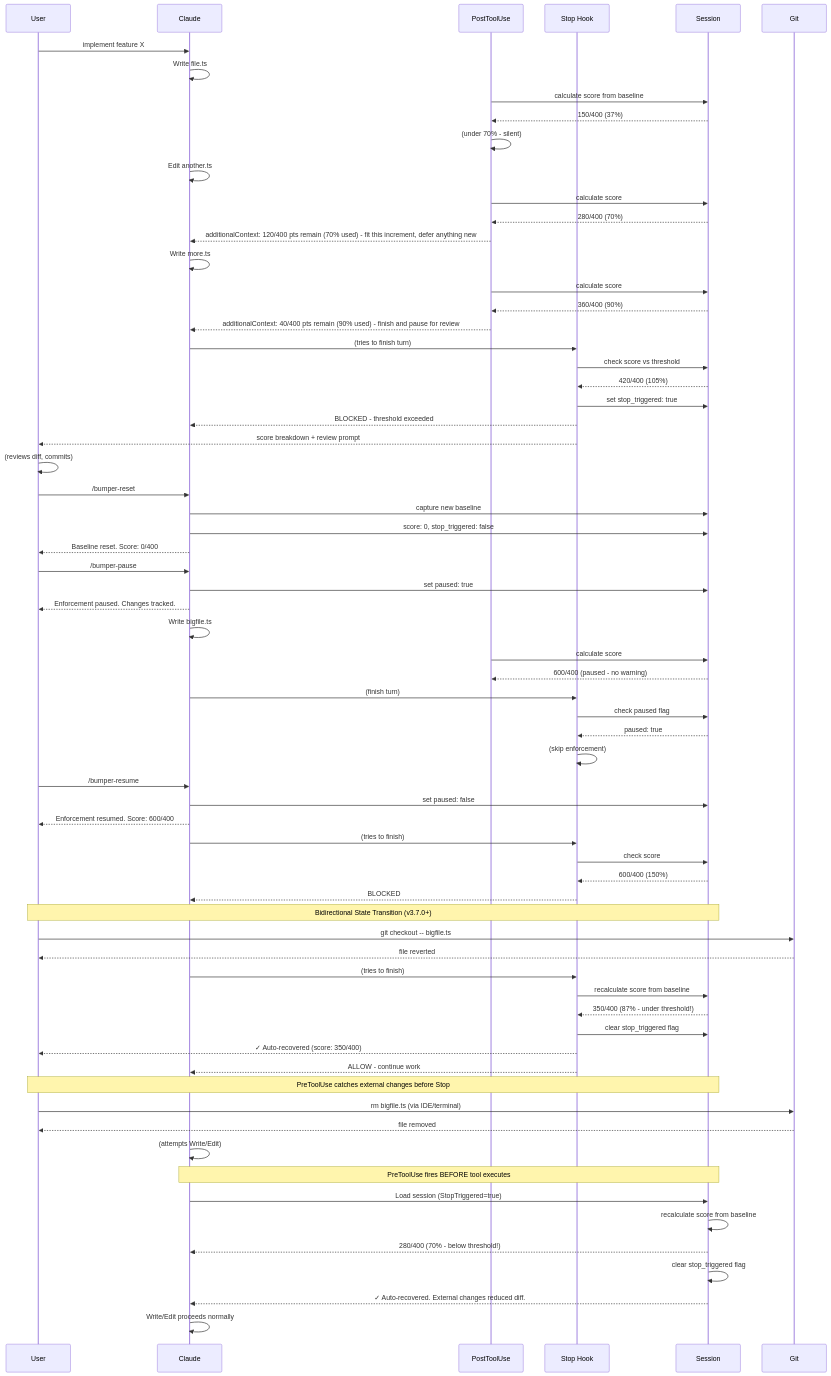
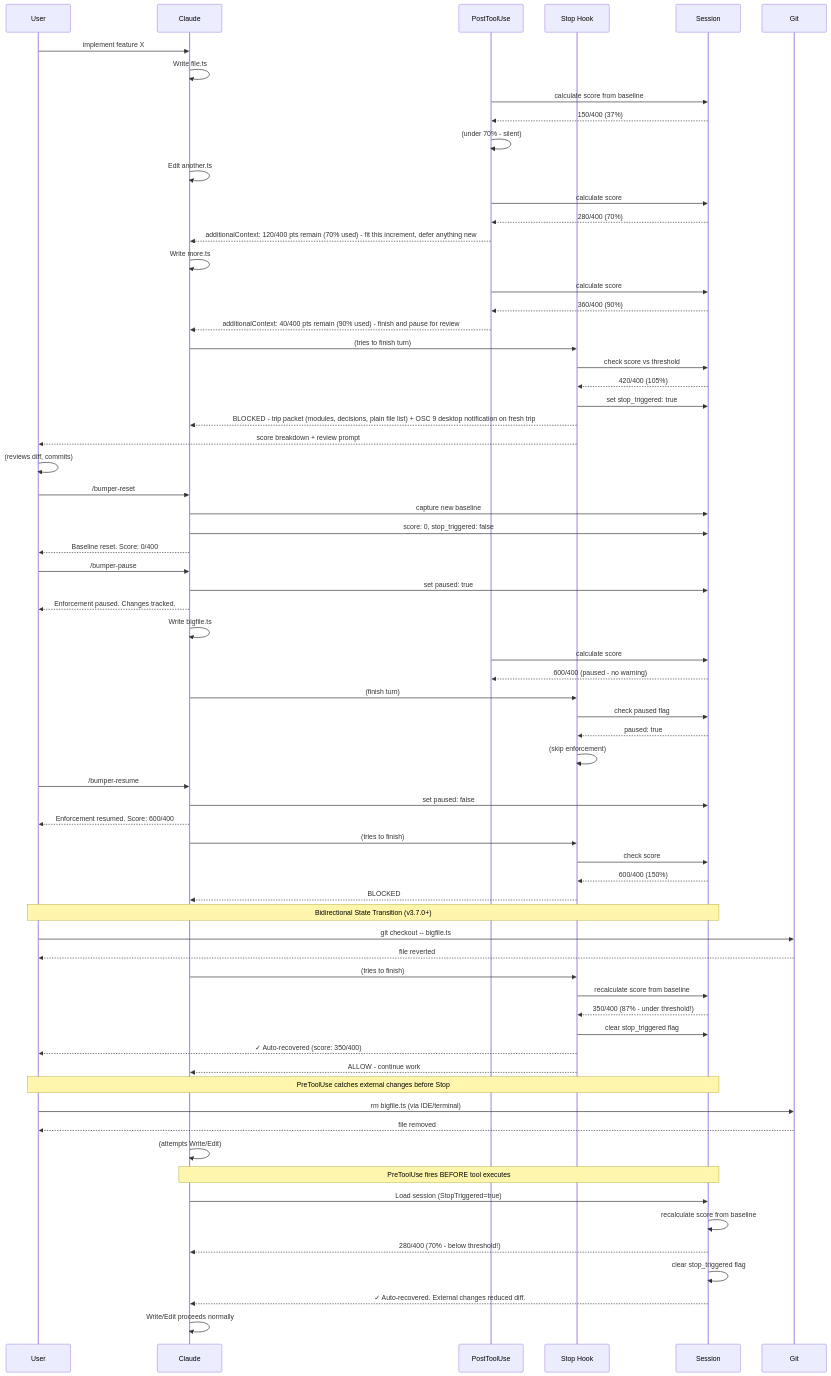
The diagram in docs/enforcement-sequence.mmd (kylesnowschwartz/claude-bumper-lanes), drawn with Mermaid before and after one commit. The commit also changed 8 other files, not shown here.

First line of the commit message:
feat: architecture-altitude trip packet with desktop notification

```diff
--- a/docs/enforcement-sequence.mmd
+++ b/docs/enforcement-sequence.mmd
@@ -1,135 +1,135 @@
 %% Enforcement Flow: Fuel gauge → stop → reset/pause/resume cycle
 %% Render: cat enforcement-sequence.mmd | mermaid-ascii -f -
 %% Focus: The core loop that constrains Claude's work
 
 sequenceDiagram
     participant User
     participant Claude
     participant PTU as PostToolUse
     participant Stop as Stop Hook
     participant Sess as Session
 
     %% === NORMAL OPERATION (under threshold) ===
     User->>Claude: implement feature X
     Claude->>Claude: Write file.ts
     PTU->>Sess: calculate score from baseline
     Sess-->>PTU: 150/400 (37%)
     PTU->>PTU: (under 70% - silent)
 
     %% === FUEL GAUGE WARNINGS ===
     Claude->>Claude: Edit another.ts
     PTU->>Sess: calculate score
     Sess-->>PTU: 280/400 (70%)
     PTU-->>Claude: additionalContext: 120/400 pts remain (70% used) - fit this increment, defer anything new
 
     Claude->>Claude: Write more.ts
     PTU->>Sess: calculate score
     Sess-->>PTU: 360/400 (90%)
     PTU-->>Claude: additionalContext: 40/400 pts remain (90% used) - finish and pause for review
 
     %% === THRESHOLD EXCEEDED ===
     Claude->>Stop: (tries to finish turn)
     Stop->>Sess: check score vs threshold
     Sess-->>Stop: 420/400 (105%)
     Stop->>Sess: set stop_triggered: true
-    Stop-->>Claude: BLOCKED - threshold exceeded
+    Stop-->>Claude: BLOCKED - trip packet (modules, decisions, plain file list) + OSC 9 desktop notification on fresh trip
     Stop-->>User: score breakdown + review prompt
 
     %% === USER REVIEW OPTIONS ===
 
     %% Option A: Reset after review
     User->>User: (reviews diff, commits)
     User->>Claude: /bumper-reset
     Claude->>Sess: capture new baseline
     Claude->>Sess: score: 0, stop_triggered: false
     Claude-->>User: Baseline reset. Score: 0/400
 
     %% Option B: Pause enforcement
     User->>Claude: /bumper-pause
     Claude->>Sess: set paused: true
     Claude-->>User: Enforcement paused. Changes tracked.
 
     %% While paused - no blocking
     Claude->>Claude: Write bigfile.ts
     PTU->>Sess: calculate score
     Sess-->>PTU: 600/400 (paused - no warning)
     Claude->>Stop: (finish turn)
     Stop->>Sess: check paused flag
     Sess-->>Stop: paused: true
     Stop->>Stop: (skip enforcement)
 
     %% Resume enforcement
     User->>Claude: /bumper-resume
     Claude->>Sess: set paused: false
     Claude-->>User: Enforcement resumed. Score: 600/400
 
     %% Now blocked again
     Claude->>Stop: (tries to finish)
     Stop->>Sess: check score
     Sess-->>Stop: 600/400 (150%)
     Stop-->>Claude: BLOCKED
 
     %% === AUTO-RECOVERY (v3.7.0+) ===
     %% Option C: User reverts changes - automatic recovery
     Note over User,Sess: Bidirectional State Transition (v3.7.0+)
 
     %% Case 1: Stop hook auto-recovery (v3.7.0)
     User->>Git: git checkout -- bigfile.ts
     Git-->>User: file reverted
     Claude->>Stop: (tries to finish)
     Stop->>Sess: recalculate score from baseline
     Sess-->>Stop: 350/400 (87% - under threshold!)
     Stop->>Sess: clear stop_triggered flag
     Stop-->>User: ✓ Auto-recovered (score: 350/400)
     Stop-->>Claude: ALLOW - continue work
 
     %% Case 2: PreToolUse auto-recovery (v3.8.0 - PR #3 fix)
     Note over User,Sess: PreToolUse catches external changes before Stop
     User->>Git: rm bigfile.ts (via IDE/terminal)
     Git-->>User: file removed
     Claude->>Claude: (attempts Write/Edit)
     Note over Claude,Sess: PreToolUse fires BEFORE tool executes
     Claude->>Sess: Load session (StopTriggered=true)
     Sess->>Sess: recalculate score from baseline
     Sess-->>Claude: 280/400 (70% - below threshold!)
     Sess->>Sess: clear stop_triggered flag
     Sess-->>Claude: ✓ Auto-recovered. External changes reduced diff.
     Claude->>Claude: Write/Edit proceeds normally
 
 %% ============================================================
 %% VALIDATION REFERENCES
 %% ============================================================
 %% - PostToolUse tiers: internal/hooks/post_tool_use.go:119-128
 %% - Stop blocking: internal/hooks/stop.go:127-184
 %% - Stop auto-recovery: internal/hooks/stop.go:136-154 (v3.7.0)
 %% - PreToolUse auto-recovery: internal/hooks/pre_tool_use.go:112-142 (v3.8.0)
 %% - PreToolUse blocking: internal/hooks/pre_tool_use.go:145-154
 %% - Reset: internal/hooks/prompt_handler.go:96-115
 %% - Pause: internal/hooks/prompt_handler.go:118-131
 %% - Resume: internal/hooks/prompt_handler.go:134-147
 %%
 %% FUEL GAUGE TIERS (delivered via hookSpecificOutput.additionalContext, exit 0)
 %% - <70%: Silent
 %% - 70%: remaining-points line - fit the current increment, defer new work
 %% - 90%: remaining-points line - finish and pause for review
 %%
 %% TRIPWIRES (zero-threshold lanes, checked on every Write/Edit)
 %% - Changed files matching tripwire_paths globs, or added lines matching
 %%   tripwire_patterns, are named immediately at ANY score: once via
 %%   additionalContext, in the Stop trip message, as a red ⚠ in the
 %%   indicator, and as a `tripwire` event in events.jsonl.
 %% - internal/hooks/tripwire.go; cleared on baseline reset.
 %%
 %% PAIN POINTS
 %% 1. Warnings visible but muted - status line could surface escalation better
 %% 2. Pause accumulates unbounded score - can be huge on resume
 %% 3. No partial reset - it's all-or-nothing baseline capture
 %% 4. Auto-reset on commit not shown (separate flow)
 %% 5. ~~Score can decrease if user reverts changes - not obvious~~ (FIXED v3.7.0: Stop auto-recovery, v3.8.0: PreToolUse auto-recovery)
 %%
 %% STATUS LINE TIERS (implemented)
 %% Status line now matches fuel gauge visibility:
 %% - 0-69%:  green  "active"
 %% - 70-89%: yellow "NOTICE"
 %% - 90-99%: orange "WARNING"
 %% - 100%+: red    "TRIPPED"
```
